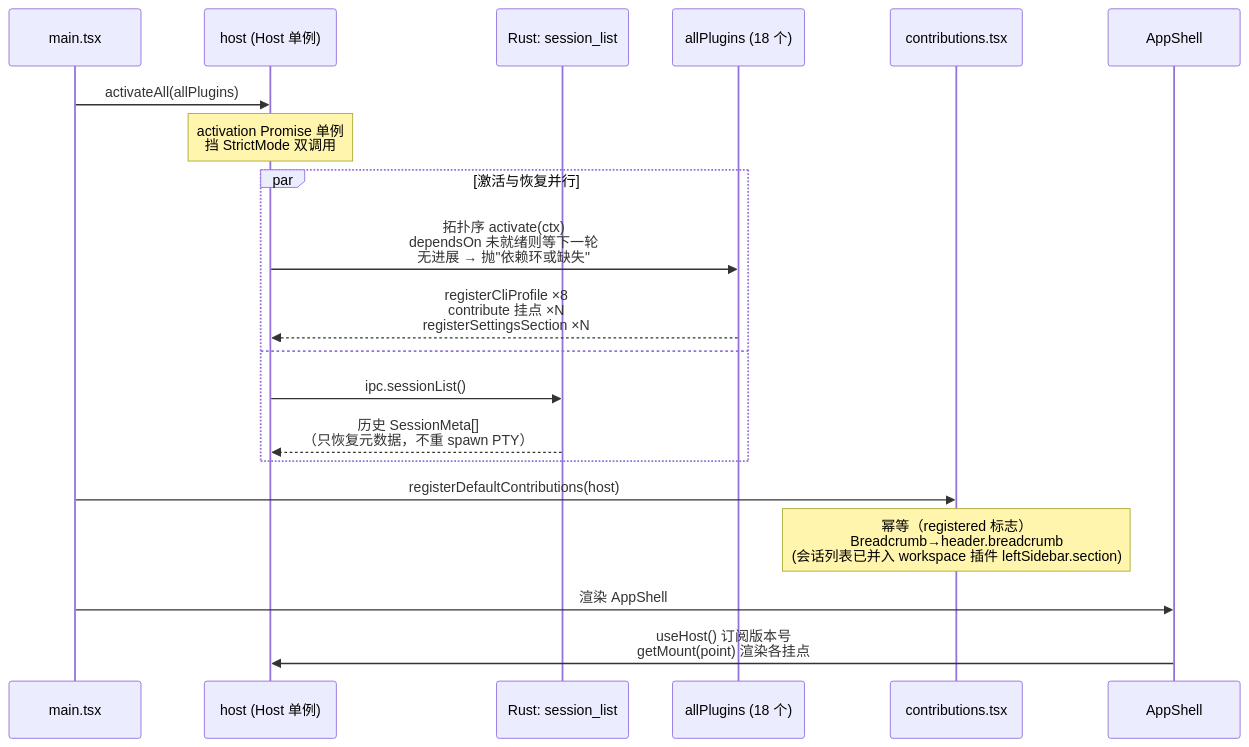
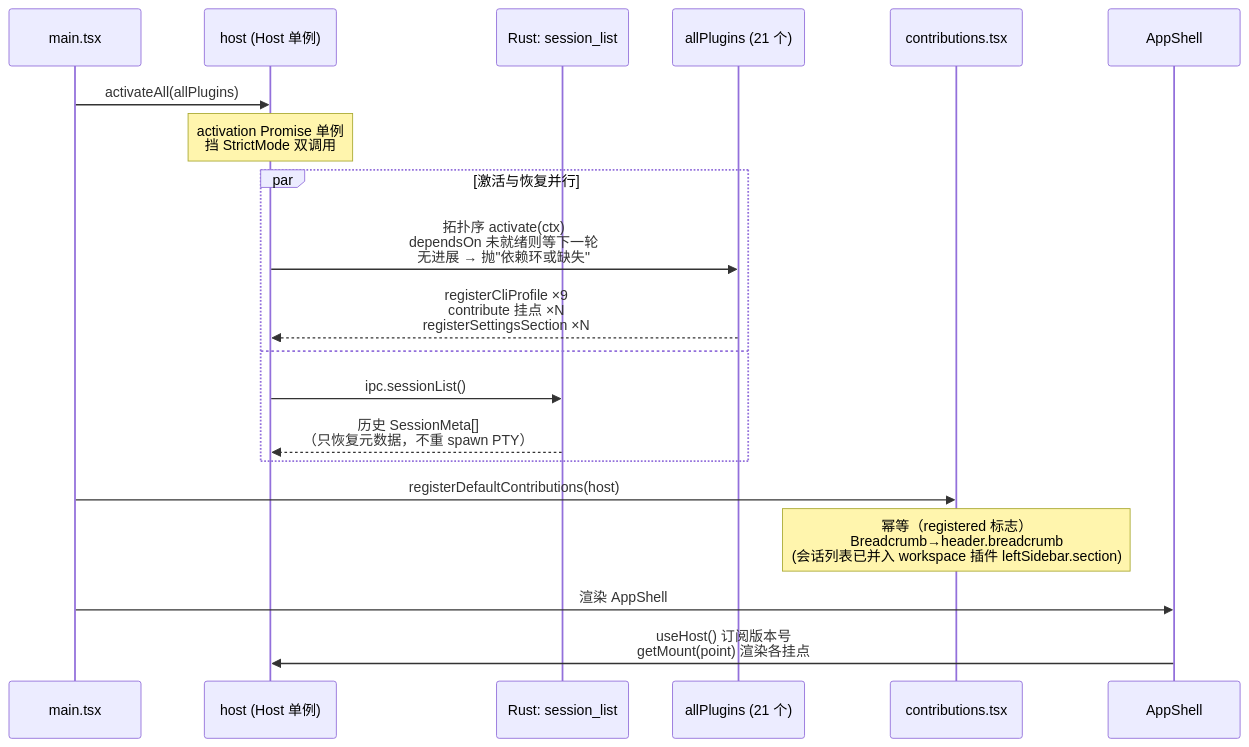
One commit to chenxiangning/tmd-cli changed the second of 8 diagrams in docs/architecture/02-code-architecture.md. Above: the diagram before and after it, drawn with Mermaid. The commit also changed other lines of this file and 5 other files, not shown here.

````diff
--- a/docs/architecture/02-code-architecture.md
+++ b/docs/architecture/02-code-architecture.md
@@ -118,23 +121,23 @@
 ```mermaid
 sequenceDiagram
     participant M as main.tsx
     participant H as host (Host 单例)
     participant R as Rust: session_list
-    participant P as allPlugins (18 个)
+    participant P as allPlugins (21 个)
     participant C as contributions.tsx
     participant A as AppShell
 
     M->>H: activateAll(allPlugins)
     Note over H: activation Promise 单例<br/>挡 StrictMode 双调用
     par 激活与恢复并行
         H->>P: 拓扑序 activate(ctx)<br/>dependsOn 未就绪则等下一轮<br/>无进展 → 抛"依赖环或缺失"
-        P-->>H: registerCliProfile ×8<br/>contribute 挂点 ×N<br/>registerSettingsSection ×N
+        P-->>H: registerCliProfile ×9<br/>contribute 挂点 ×N<br/>registerSettingsSection ×N
     and
         H->>R: ipc.sessionList()
         R-->>H: 历史 SessionMeta[]<br/>（只恢复元数据，不重 spawn PTY）
     end
     M->>C: registerDefaultContributions(host)
     Note over C: 幂等（registered 标志）<br/>Breadcrumb→header.breadcrumb<br/>(会话列表已并入 workspace 插件 leftSidebar.section)
     M->>A: 渲染 AppShell
     A->>H: useHost() 订阅版本号<br/>getMount(point) 渲染各挂点
 ```
````
